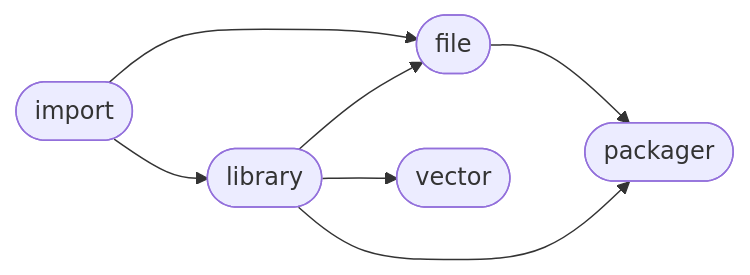
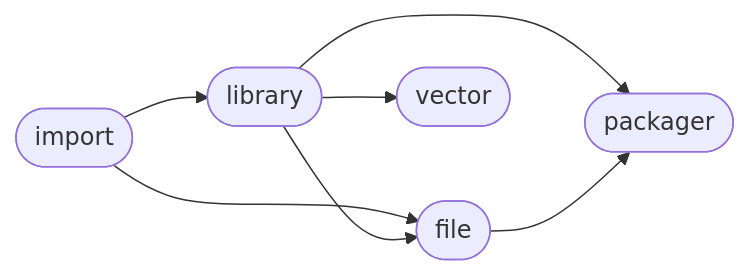
Before and after one commit to Mandera/Mandera: the diagram in README.md, drawn with Mermaid. The commit also changed other lines of this file, not shown here.

````diff
--- a/README.md
+++ b/README.md
@@ -7,14 +6,14 @@
 ```mermaid
 flowchart LR
-2([file]) --> 4([packager])
-1([library]) --> 2([file])
 0([import]) --> 2([file])
 1([library]) --> 3([vector])
 1([library]) --> 4([packager])
 0([import]) --> 1([library])
+1([library]) --> 2([file])
+2([file]) --> 4([packager])
 click 0 "https://github.com/ManderaGeneral/generalimport"
 click 1 "https://github.com/ManderaGeneral/generallibrary"
 click 2 "https://github.com/ManderaGeneral/generalfile"
 click 3 "https://github.com/ManderaGeneral/generalvector"
 click 4 "https://github.com/ManderaGeneral/generalpackager"
 ```
````
